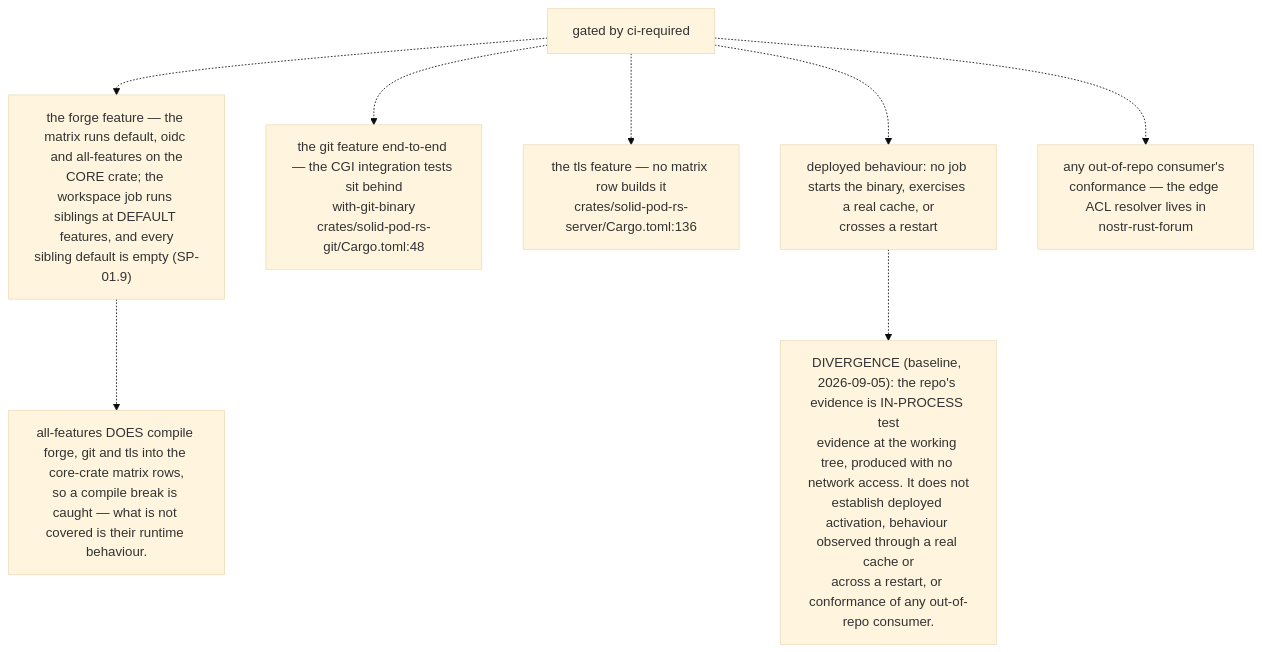
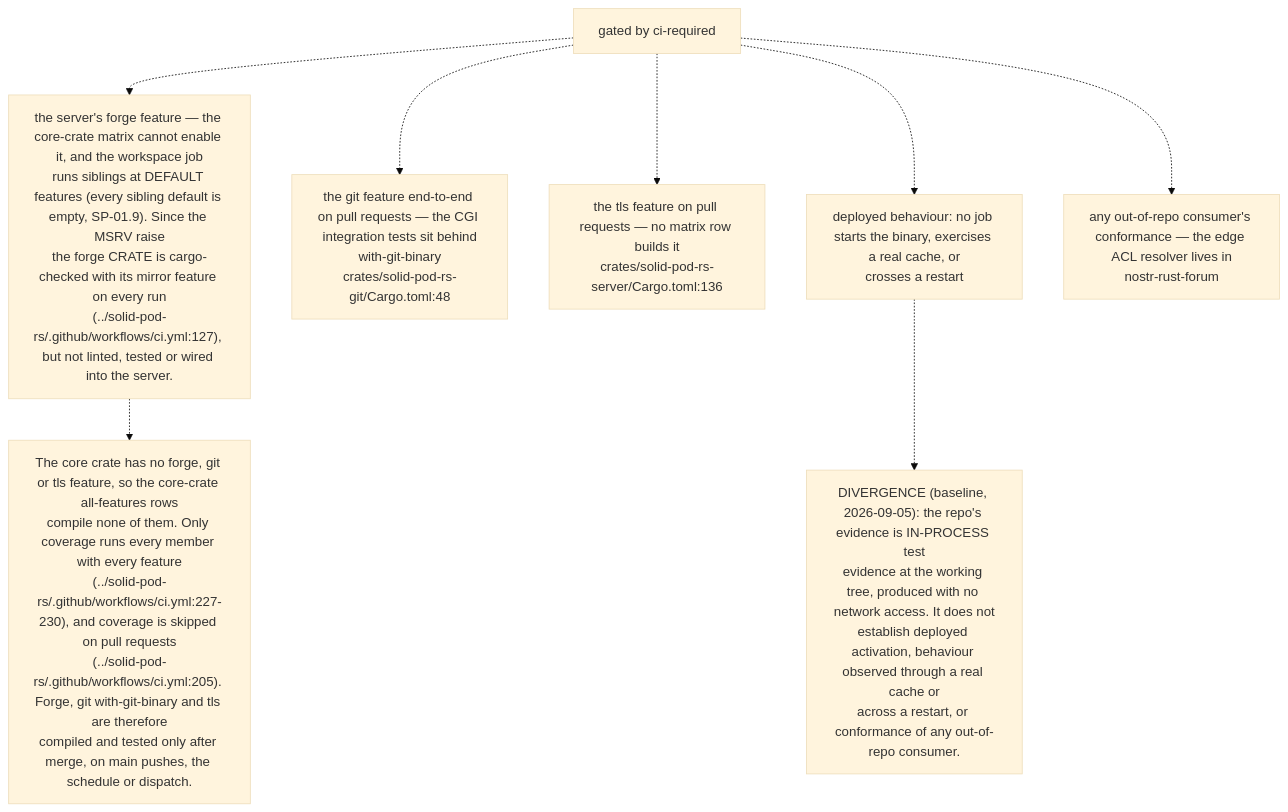
The seventh of 9 diagrams in docs/diagrams/solid-pod-rs/09-ci-release-and-consumer-pins.md (DreamLab-AI/VisionFlow), drawn with Mermaid (base theme) before and after one commit. The commit also changed other lines of this file and 47 other files, not shown here.

````diff
--- a/docs/diagrams/solid-pod-rs/09-ci-release-and-consumer-pins.md
+++ b/docs/diagrams/solid-pod-rs/09-ci-release-and-consumer-pins.md
@@ -256,20 +285,20 @@
 ```mermaid
 flowchart TD
     GATED["gated by ci-required"]
-    NG1["the forge feature — the matrix runs default, oidc and all-features on the<br/>CORE crate; the workspace job runs siblings at DEFAULT features, and every<br/>sibling default is empty (SP-01.9)"]
-    NG2["the git feature end-to-end — the CGI integration tests sit behind<br/>with-git-binary<br/>crates/solid-pod-rs-git/Cargo.toml:48"]
-    NG3["the tls feature — no matrix row builds it<br/>crates/solid-pod-rs-server/Cargo.toml:136"]
+    NG1["the server's forge feature — the core-crate matrix cannot enable it, and the workspace job<br/>runs siblings at DEFAULT features (every sibling default is empty, SP-01.9). Since the MSRV raise<br/>the forge CRATE is cargo-checked with its mirror feature on every run<br/>(../solid-pod-rs/.github/workflows/ci.yml:127), but not linted, tested or wired into the server."]
+    NG2["the git feature end-to-end on pull requests — the CGI integration tests sit behind<br/>with-git-binary<br/>crates/solid-pod-rs-git/Cargo.toml:48"]
+    NG3["the tls feature on pull requests — no matrix row builds it<br/>crates/solid-pod-rs-server/Cargo.toml:136"]
     NG4["deployed behaviour: no job starts the binary, exercises a real cache, or<br/>crosses a restart"]
     NG5["any out-of-repo consumer's conformance — the edge ACL resolver lives in<br/>nostr-rust-forum"]
 
     GATED -.-> NG1
     GATED -.-> NG2
     GATED -.-> NG3
     GATED -.-> NG4
     GATED -.-> NG5
 
     N["DIVERGENCE (baseline, 2026-09-05): the repo's evidence is IN-PROCESS test<br/>evidence at the working tree, produced with no network access. It does not<br/>establish deployed activation, behaviour observed through a real cache or<br/>across a restart, or conformance of any out-of-repo consumer."]
     NG4 -.-> N
-    N2["all-features DOES compile forge, git and tls into the core-crate matrix rows,<br/>so a compile break is caught — what is not covered is their runtime behaviour."]
+    N2["The core crate has no forge, git or tls feature, so the core-crate all-features rows<br/>compile none of them. Only coverage runs every member with every feature<br/>(../solid-pod-rs/.github/workflows/ci.yml:227-230), and coverage is skipped on pull requests<br/>(../solid-pod-rs/.github/workflows/ci.yml:205). Forge, git with-git-binary and tls are therefore<br/>compiled and tested only after merge, on main pushes, the schedule or dispatch."]
     NG1 -.-> N2
 ```
````
